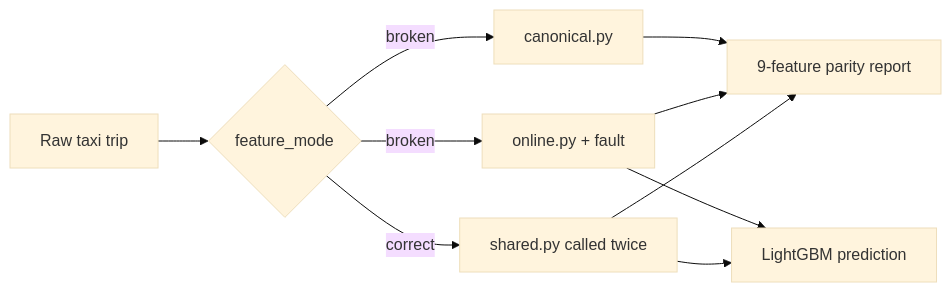
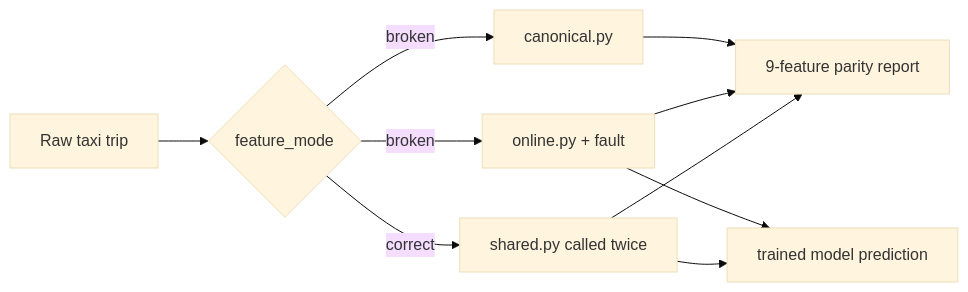
Before and after one commit to rishikesh0012/Skewless: the second of 2 diagrams in README.md, drawn with Mermaid (base theme). The commit also changed other lines of this file and 5 other files, not shown here.

````diff
--- a/README.md
+++ b/README.md
@@ -24,12 +72,12 @@
 ```mermaid
 flowchart LR
     R["Raw taxi trip"] --> M{"feature_mode"}
     M -->|broken| C["canonical.py"]
     M -->|broken| O["online.py + fault"]
     M -->|correct| S["shared.py called twice"]
     C --> P["9-feature parity report"]
     O --> P
     S --> P
-    O --> F["LightGBM prediction"]
+    O --> F["trained model prediction"]
     S --> F
 ```
````
